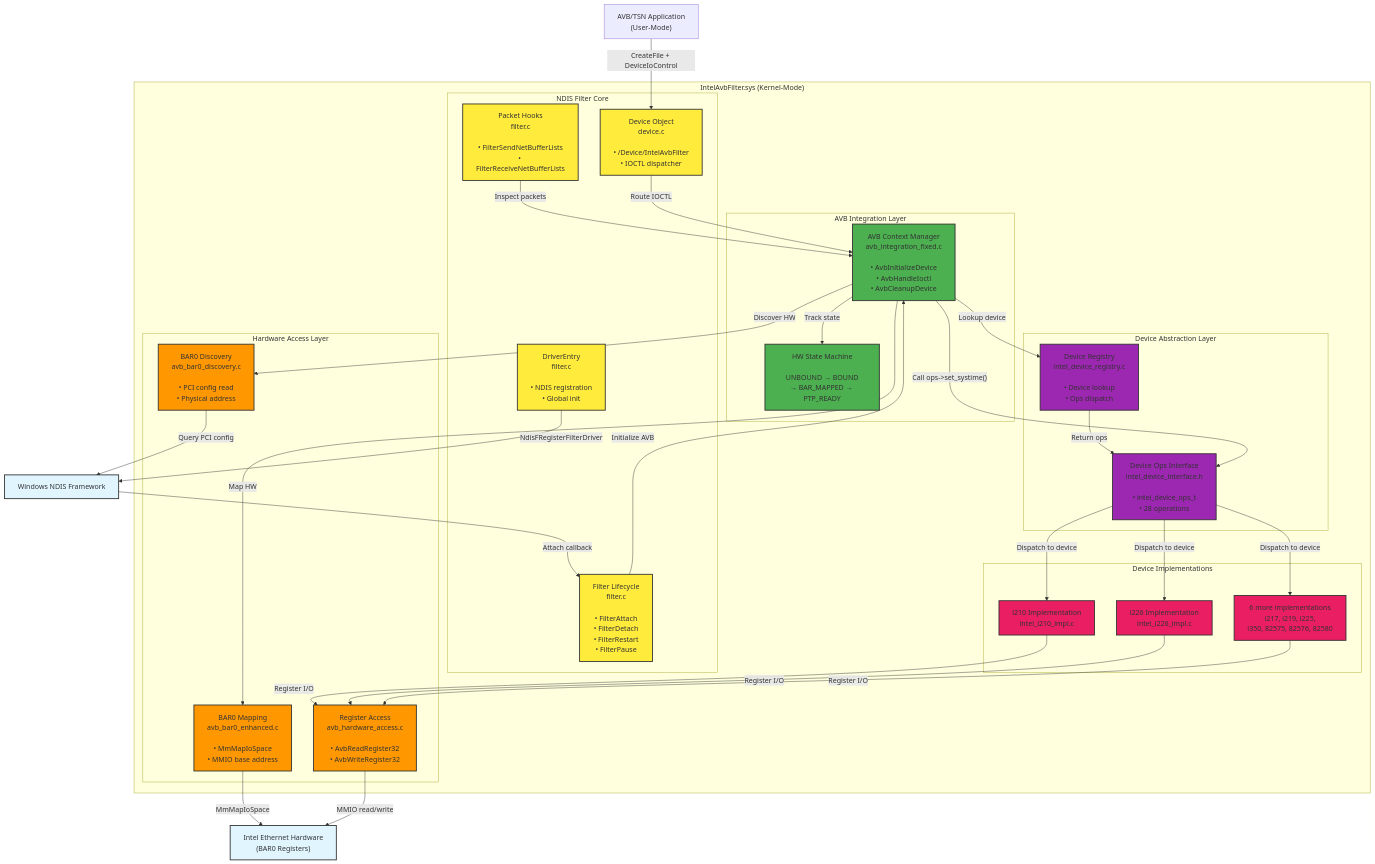
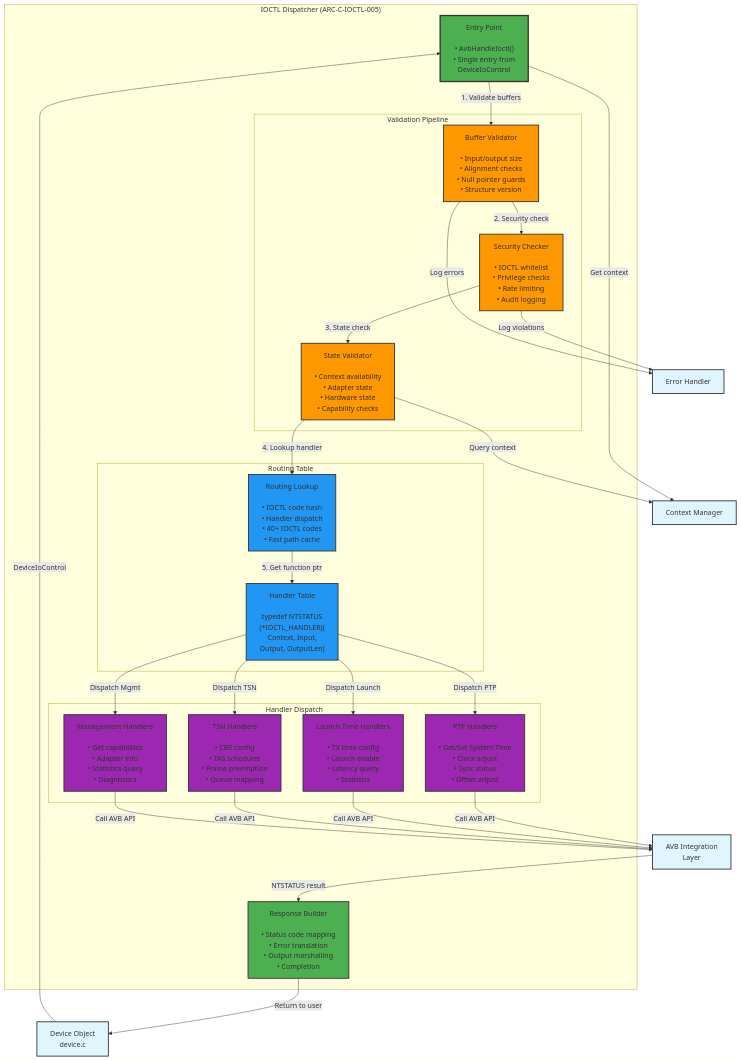
Before and after one commit to zarfld/IntelAvbFilter: the third of 14 diagrams in 03-architecture/C4-DIAGRAMS-MERMAID.md, drawn with Mermaid. The commit also changed other lines of this file and 5 other files, not shown here.

First line of the commit message:
Add architecture diagrams and detailed documentation for NDIS 6.0 compatibility, device abstraction strategy, direct BAR0 MMIO access, kernel ring buffer timestamp events, and phase 03 exit criteria

````diff
--- a/03-architecture/C4-DIAGRAMS-MERMAID.md
+++ b/03-architecture/C4-DIAGRAMS-MERMAID.md
@@ -58,87 +206,72 @@
 ```mermaid
 graph TB
-    %% User-mode
-    AVBApp["AVB/TSN Application<br/>(User-Mode)"]
-    
-    %% System boundary
-    subgraph "IntelAvbFilter.sys (Kernel-Mode)"
-        subgraph "NDIS Filter Core"
-            FilterEntry["DriverEntry<br/>filter.c<br/><br/>• NDIS registration<br/>• Global init"]
-            FilterLifecycle["Filter Lifecycle<br/>filter.c<br/><br/>• FilterAttach<br/>• FilterDetach<br/>• FilterRestart<br/>• FilterPause"]
-            PacketHooks["Packet Hooks<br/>filter.c<br/><br/>• FilterSendNetBufferLists<br/>• FilterReceiveNetBufferLists"]
-            DeviceObject["Device Object<br/>device.c<br/><br/>• /Device/IntelAvbFilter<br/>• IOCTL dispatcher"]
+    subgraph "IOCTL Dispatcher (ARC-C-IOCTL-005)"
+        IoctlEntry["Entry Point<br/><br/>• AvbHandleIoctl()<br/>• Single entry from<br/>  DeviceIoControl"]
+        
+        subgraph "Validation Pipeline"
+            BufferValidator["Buffer Validator<br/><br/>• Input/output size<br/>• Alignment checks<br/>• Null pointer guards<br/>• Structure version"]
+            SecurityChecker["Security Checker<br/><br/>• IOCTL whitelist<br/>• Privilege checks<br/>• Rate limiting<br/>• Audit logging"]
+            StateValidator["State Validator<br/><br/>• Context availability<br/>• Adapter state<br/>• Hardware state<br/>• Capability checks"]
         end
         
-        subgraph "AVB Integration Layer"
-            AVBContext["AVB Context Manager<br/>avb_integration_fixed.c<br/><br/>• AvbInitializeDevice<br/>• AvbHandleIoctl<br/>• AvbCleanupDevice"]
-            StateMachine["HW State Machine<br/><br/>UNBOUND → BOUND<br/>→ BAR_MAPPED → PTP_READY"]
+        subgraph "Routing Table"
+            RoutingLookup["Routing Lookup<br/><br/>• IOCTL code hash<br/>• Handler dispatch<br/>• 40+ IOCTL codes<br/>• Fast path cache"]
+            HandlerTable["Handler Table<br/><br/>typedef NTSTATUS<br/>(*IOCTL_HANDLER)(<br/>  Context, Input,<br/>  Output, OutputLen)"]
         end
         
-        subgraph "Hardware Access Layer"
-            BAR0Discovery["BAR0 Discovery<br/>avb_bar0_discovery.c<br/><br/>• PCI config read<br/>• Physical address"]
-            BAR0Mapping["BAR0 Mapping<br/>avb_bar0_enhanced.c<br/><br/>• MmMapIoSpace<br/>• MMIO base address"]
-            RegisterAccess["Register Access<br/>avb_hardware_access.c<br/><br/>• AvbReadRegister32<br/>• AvbWriteRegister32"]
+        subgraph "Handler Dispatch"
+            PTPhHandlers["PTP Handlers<br/><br/>• Get/Set System Time<br/>• Clock adjust<br/>• Sync status<br/>• Offset adjust"]
+            LaunchHandlers["Launch Time Handlers<br/><br/>• TX time config<br/>• Launch enable<br/>• Latency query<br/>• Statistics"]
+            TSNHandlers["TSN Handlers<br/><br/>• CBS config<br/>• TAS schedules<br/>• Frame preemption<br/>• Queue mapping"]
+            MgmtHandlers["Management Handlers<br/><br/>• Get capabilities<br/>• Adapter info<br/>• Statistics query<br/>• Diagnostics"]
         end
         
-        subgraph "Device Abstraction Layer"
-            DeviceRegistry["Device Registry<br/>intel_device_registry.c<br/><br/>• Device lookup<br/>• Ops dispatch"]
-            DeviceOpsInterface["Device Ops Interface<br/>intel_device_interface.h<br/><br/>• intel_device_ops_t<br/>• 28 operations"]
-        end
-        
-        subgraph "Device Implementations"
-            I210Impl["i210 Implementation<br/>intel_i210_impl.c"]
-            I226Impl["i226 Implementation<br/>intel_i226_impl.c"]
-            OtherImpls["6 more implementations<br/>i217, i219, i225,<br/>i350, 82575, 82576, 82580"]
-        end
+        ResponseBuilder["Response Builder<br/><br/>• Status code mapping<br/>• Error translation<br/>• Output marshalling<br/>• Completion"]
     end
     
     %% External
-    NDIS["Windows NDIS Framework"]
-    IntelHW["Intel Ethernet Hardware<br/>(BAR0 Registers)"]
+    DeviceObject["Device Object<br/>device.c"]
+    AVBIntegration["AVB Integration<br/>Layer"]
+    ContextMgr["Context Manager"]
+    ErrorHandler["Error Handler"]
     
-    %% Relationships - User-mode to kernel
-    AVBApp -->|"CreateFile + DeviceIoControl"| DeviceObject
+    %% Flow
+    DeviceObject -->|"DeviceIoControl"| IoctlEntry
+    IoctlEntry -->|"1. Validate buffers"| BufferValidator
+    BufferValidator -->|"2. Security check"| SecurityChecker
+    SecurityChecker -->|"3. State check"| StateValidator
+    StateValidator -->|"4. Lookup handler"| RoutingLookup
+    RoutingLookup -->|"5. Get function ptr"| HandlerTable
+    HandlerTable -->|"Dispatch PTP"| PTPhHandlers
+    HandlerTable -->|"Dispatch Launch"| LaunchHandlers
+    HandlerTable -->|"Dispatch TSN"| TSNHandlers
+    HandlerTable -->|"Dispatch Mgmt"| MgmtHandlers
     
-    %% Relationships - NDIS Filter Core
-    FilterEntry -->|"NdisFRegisterFilterDriver"| NDIS
-    NDIS -->|"Attach callback"| FilterLifecycle
-    FilterLifecycle -->|"Initialize AVB"| AVBContext
-    PacketHooks -->|"Inspect packets"| AVBContext
-    DeviceObject -->|"Route IOCTL"| AVBContext
+    PTPhHandlers -->|"Call AVB API"| AVBIntegration
+    LaunchHandlers -->|"Call AVB API"| AVBIntegration
+    TSNHandlers -->|"Call AVB API"| AVBIntegration
+    MgmtHandlers -->|"Call AVB API"| AVBIntegration
     
-    %% Relationships - AVB Integration
-    AVBContext -->|"Discover HW"| BAR0Discovery
-    AVBContext -->|"Map HW"| BAR0Mapping
-    AVBContext -->|"Lookup device"| DeviceRegistry
-    AVBContext -->|"Track state"| StateMachine
+    AVBIntegration -->|"NTSTATUS result"| ResponseBuilder
+    ResponseBuilder -->|"Return to user"| DeviceObject
     
-    %% Relationships - Hardware Access
-    BAR0Discovery -->|"Query PCI config"| NDIS
-    BAR0Mapping -->|"MmMapIoSpace"| IntelHW
-    RegisterAccess -->|"MMIO read/write"| IntelHW
-    
-    %% Relationships - Device Abstraction
-    DeviceRegistry -->|"Return ops"| DeviceOpsInterface
-    AVBContext -->|"Call ops->set_systime()"| DeviceOpsInterface
-    DeviceOpsInterface -->|"Dispatch to device"| I210Impl
-    DeviceOpsInterface -->|"Dispatch to device"| I226Impl
-    DeviceOpsInterface -->|"Dispatch to device"| OtherImpls
-    I210Impl -->|"Register I/O"| RegisterAccess
-    I226Impl -->|"Register I/O"| RegisterAccess
-    OtherImpls -->|"Register I/O"| RegisterAccess
+    IoctlEntry -->|"Get context"| ContextMgr
+    StateValidator -->|"Query context"| ContextMgr
+    SecurityChecker -->|"Log violations"| ErrorHandler
+    BufferValidator -->|"Log errors"| ErrorHandler
     
     %% Styling
-    classDef coreLayer fill:#ffeb3b,stroke:#333,stroke-width:2px
-    classDef avbLayer fill:#4caf50,stroke:#333,stroke-width:2px
-    classDef hwLayer fill:#ff9800,stroke:#333,stroke-width:2px
-    classDef deviceLayer fill:#9c27b0,stroke:#333,stroke-width:2px
-    classDef implLayer fill:#e91e63,stroke:#333,stroke-width:2px
+    classDef entry fill:#4caf50,stroke:#333,stroke-width:3px
+    classDef validation fill:#ff9800,stroke:#333,stroke-width:2px
+    classDef routing fill:#2196f3,stroke:#333,stroke-width:2px
+    classDef handlers fill:#9c27b0,stroke:#333,stroke-width:2px
+    classDef response fill:#4caf50,stroke:#333,stroke-width:2px
     classDef external fill:#e1f5ff,stroke:#333,stroke-width:2px
     
-    class FilterEntry,FilterLifecycle,PacketHooks,DeviceObject coreLayer
-    class AVBContext,StateMachine avbLayer
-    class BAR0Discovery,BAR0Mapping,RegisterAccess hwLayer
-    class DeviceRegistry,DeviceOpsInterface deviceLayer
-    class I210Impl,I226Impl,OtherImpls implLayer
-    class NDIS,IntelHW external
+    class IoctlEntry entry
+    class BufferValidator,SecurityChecker,StateValidator validation
+    class RoutingLookup,HandlerTable routing
+    class PTPhHandlers,LaunchHandlers,TSNHandlers,MgmtHandlers handlers
+    class ResponseBuilder response
+    class DeviceObject,AVBIntegration,ContextMgr,ErrorHandler external
 ```
````
